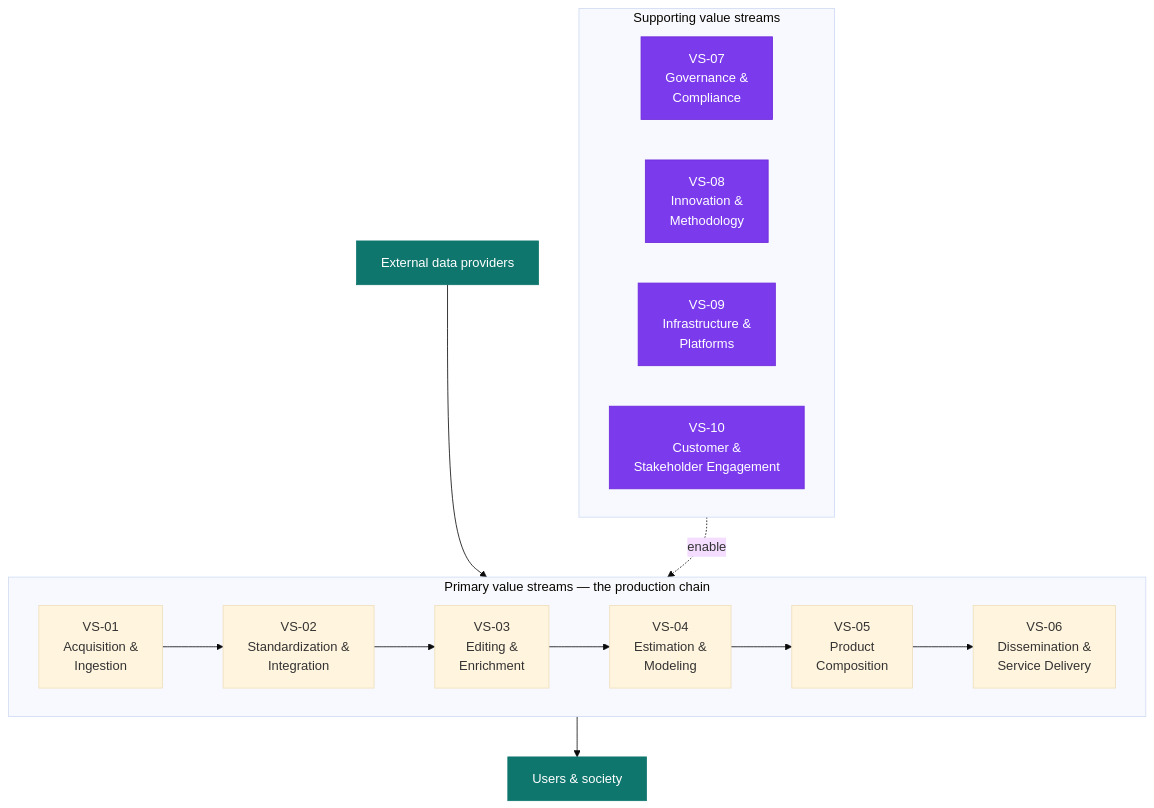
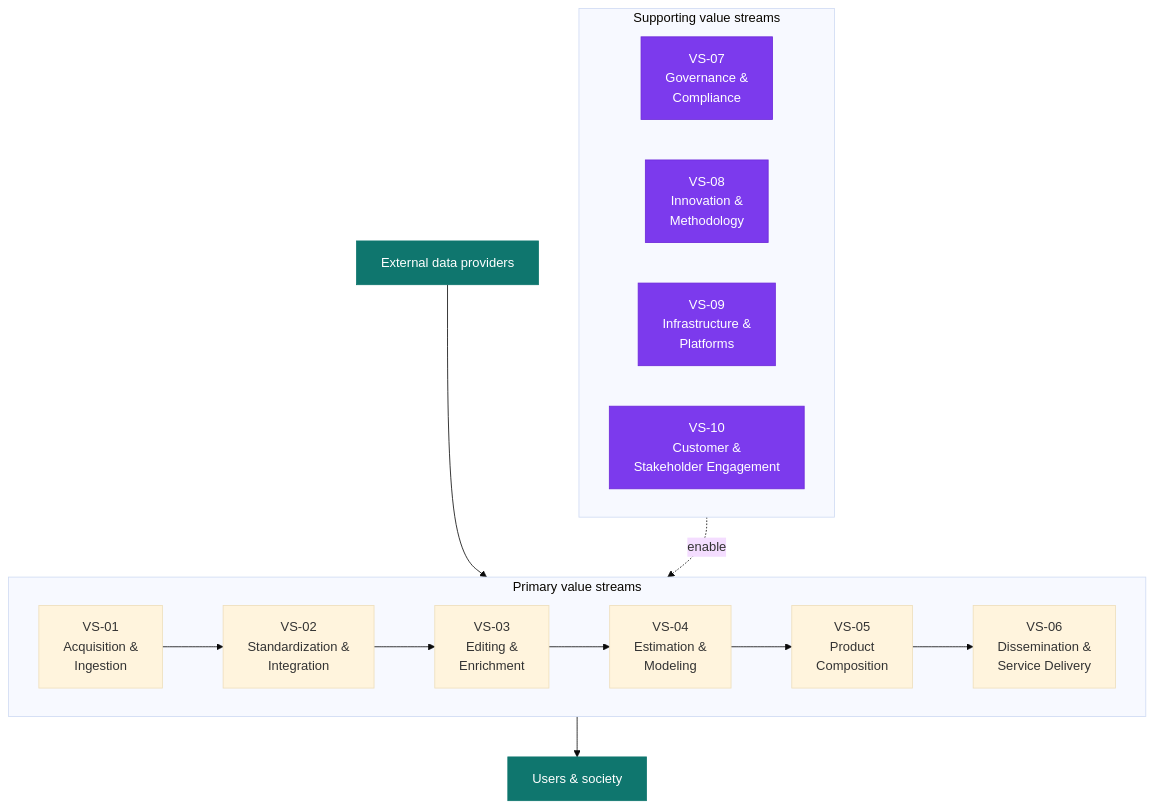
The first of 4 diagrams in site/framework/business-architecture.qmd (UNECE/Statistical-Architecture-Framework), drawn with Mermaid (base theme) before and after one commit. The commit also changed 76 other files, not shown here.

````diff
--- a/site/framework/business-architecture.qmd
+++ b/site/framework/business-architecture.qmd
@@ -205,22 +205,22 @@
 ```{mermaid}
 %%| label: fig-overview
 %%| fig-cap: "The six primary value streams as a production chain, delivering to users and society. Purple = the four supporting streams (they enable the chain, dashed arrow); dark green = parties outside the NSO."
 flowchart TB
     EXT["External data providers"]:::ext --> chain
-    subgraph chain["Primary value streams — the production chain"]
+    subgraph chain["Primary value streams"]
         direction LR
         VS01["VS-01<br/>Acquisition &<br/>Ingestion"] --> VS02["VS-02<br/>Standardization &<br/>Integration"] --> VS03["VS-03<br/>Editing &<br/>Enrichment"] --> VS04["VS-04<br/>Estimation &<br/>Modeling"] --> VS05["VS-05<br/>Product<br/>Composition"] --> VS06["VS-06<br/>Dissemination &<br/>Service Delivery"]
     end
     chain --> USERS["Users & society"]:::ext
     subgraph sup["Supporting value streams"]
         direction LR
         VS07["VS-07<br/>Governance &<br/>Compliance"]:::s
         VS08["VS-08<br/>Innovation &<br/>Methodology"]:::s
         VS09["VS-09<br/>Infrastructure &<br/>Platforms"]:::s
         VS10["VS-10<br/>Customer &<br/>Stakeholder Engagement"]:::s
     end
     sup -.->|"enable"| chain
 
     classDef ext fill:#0f766e,color:#fff,stroke:#0f766e
     classDef s fill:#7c3aed,color:#fff,stroke:#6d28d9
 ```
````
